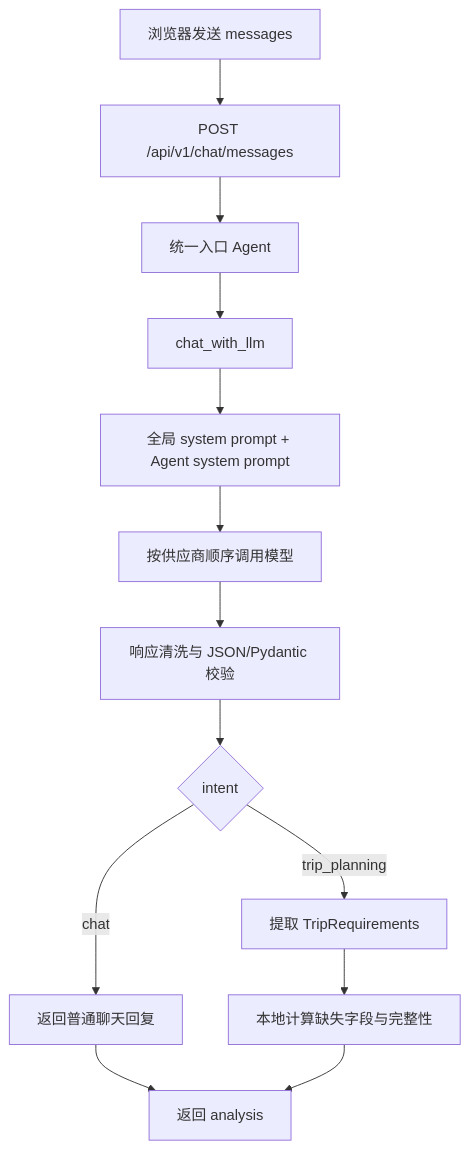
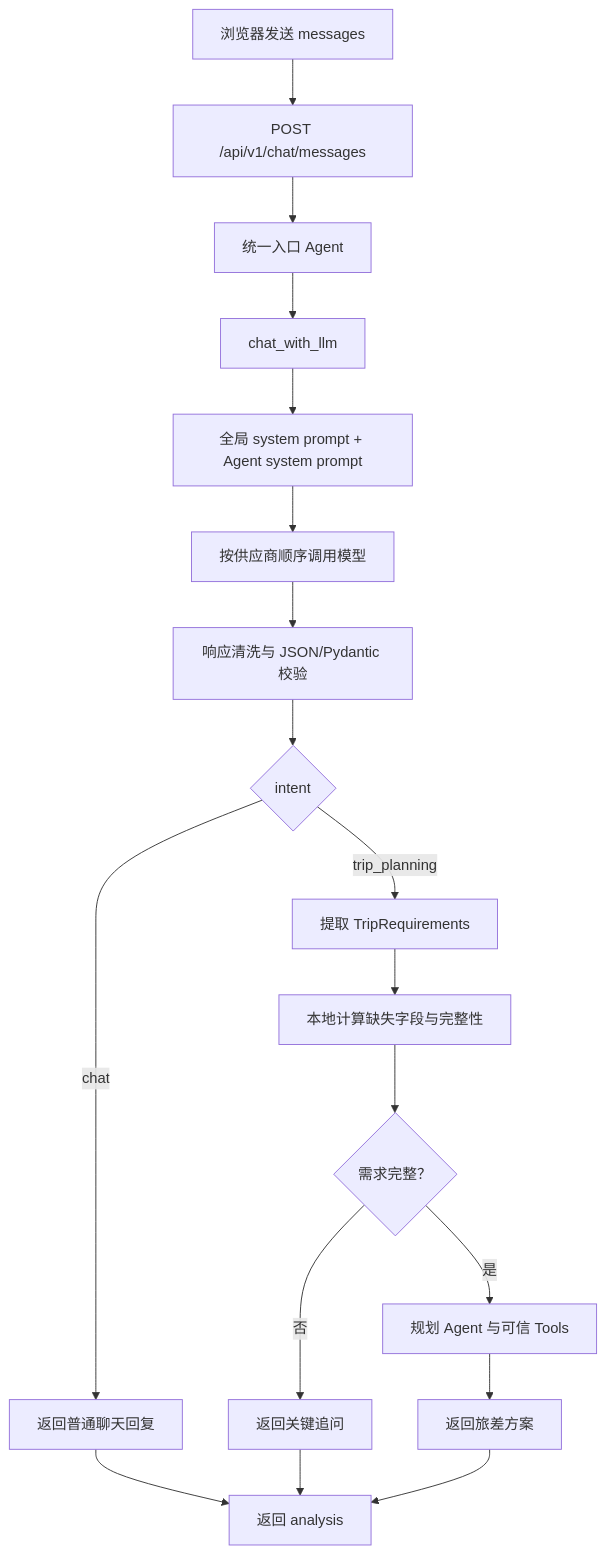
One commit to GuLu37/TripWeave changed the first of 4 diagrams in README.md. Above: the diagram before and after it, drawn with Mermaid. The commit also changed other lines of this file and 31 other files, not shown here.

````diff
--- a/README.md
+++ b/README.md
@@ -18,15 +18,20 @@
 ```mermaid
 flowchart TD
     A["浏览器发送 messages"] --> B["POST /api/v1/chat/messages"]
     B --> C["统一入口 Agent"]
     C --> D["chat_with_llm"]
     D --> E["全局 system prompt + Agent system prompt"]
     E --> F["按供应商顺序调用模型"]
     F --> G["响应清洗与 JSON/Pydantic 校验"]
     G --> H{"intent"}
     H -- "chat" --> I["返回普通聊天回复"]
     H -- "trip_planning" --> J["提取 TripRequirements"]
     J --> K["本地计算缺失字段与完整性"]
-    I --> L["返回 analysis"]
-    K --> L
+    K --> M{"需求完整？"}
+    M -- "否" --> L["返回关键追问"]
+    M -- "是" --> N["规划 Agent 与可信 Tools"]
+    N --> O["返回旅差方案"]
+    I --> P["返回 analysis"]
+    L --> P
+    O --> P
 ```
````
